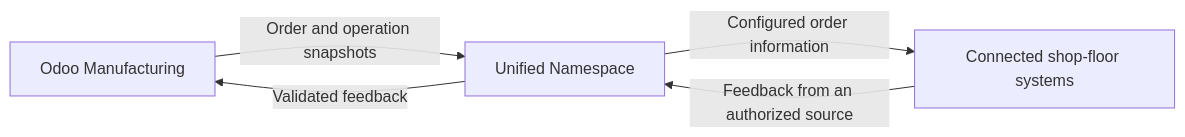
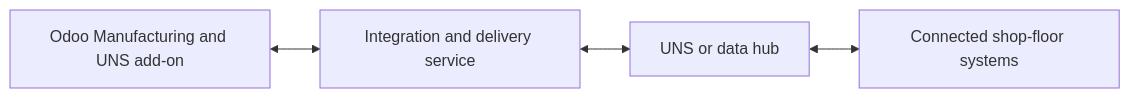
Before and after one commit to SheetMetalConnect/smc-mintlify: the diagram in odoo-uns/overview.mdx, drawn with Mermaid. The commit also changed other lines of this file and 10 other files, not shown here.

````diff
--- a/odoo-uns/overview.mdx
+++ b/odoo-uns/overview.mdx
@@ -12,7 +19,6 @@
 ```mermaid
 flowchart LR
-    O["Odoo Manufacturing"] -->|"Order and operation snapshots"| U["Unified Namespace"]
-    U -->|"Configured order information"| F["Connected shop-floor systems"]
-    F -->|"Feedback from an authorized source"| U
-    U -->|"Validated feedback"| O
+  O["Odoo Manufacturing and UNS add-on"] <--> S["Integration and delivery service"]
+  S <--> U["UNS or data hub"]
+  U <--> F["Connected shop-floor systems"]
 ```
````
